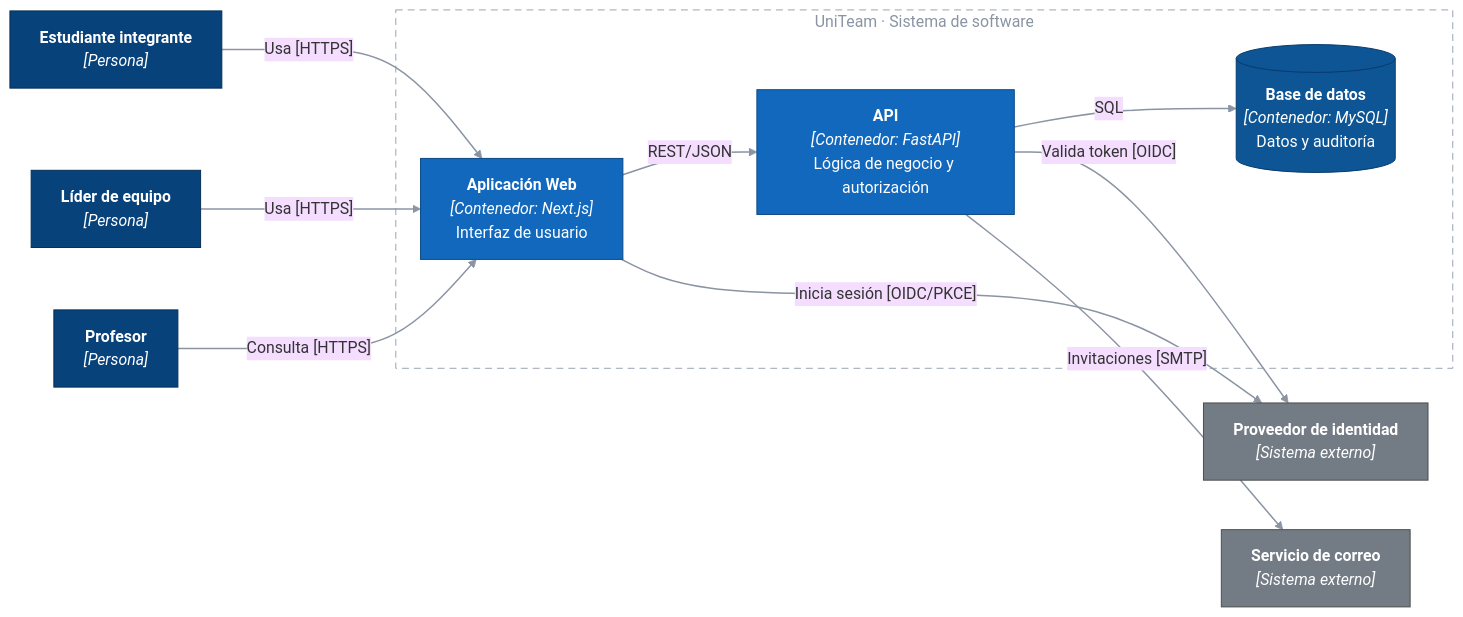
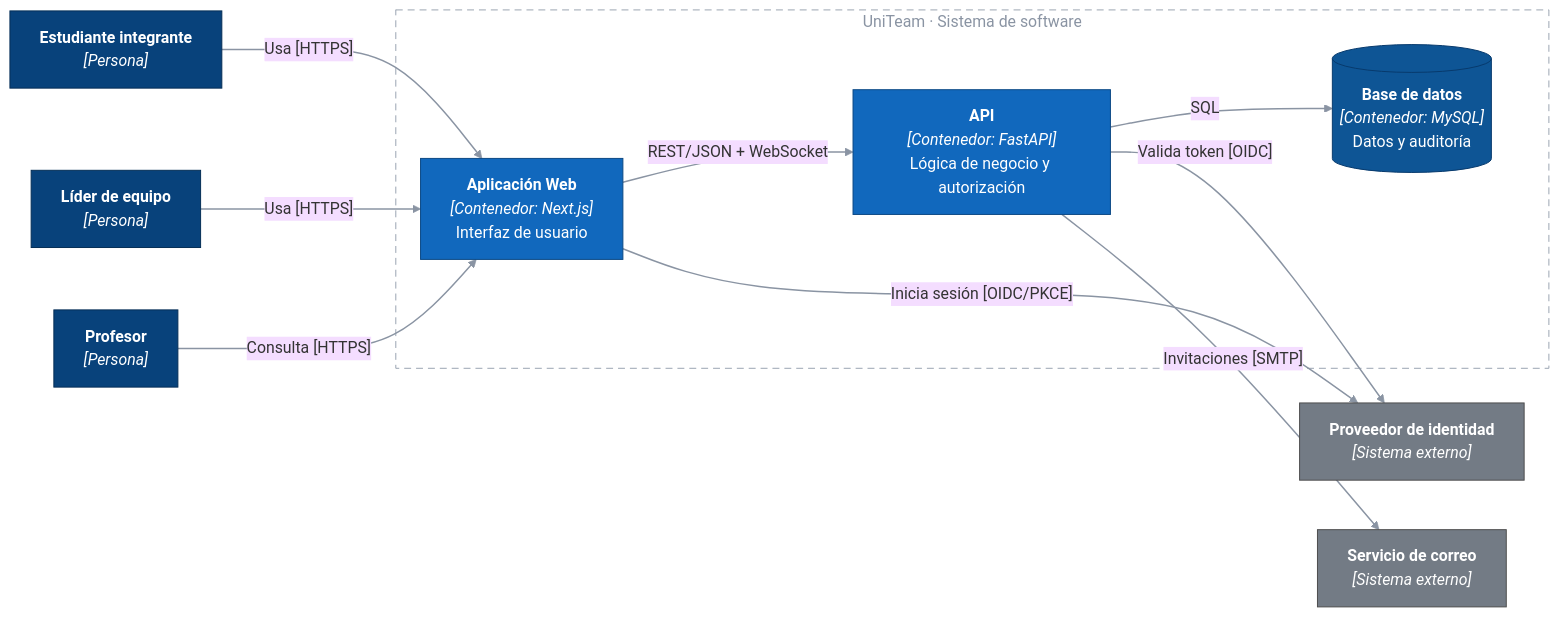
Before and after one commit to ISCOUTB/AS_202620_uniTeam: the diagram in docs/c4/nivel2-contenedores.md, drawn with Mermaid (base theme). The commit also changed other lines of this file and 16 other files, not shown here.

Commit message:
Add: WebSocket and ADRs

````diff
--- a/docs/c4/nivel2-contenedores.md
+++ b/docs/c4/nivel2-contenedores.md
@@ -10,36 +10,36 @@
 ```mermaid
 flowchart LR
     est["<b>Estudiante integrante</b><br/><i>[Persona]</i>"]
     lid["<b>Líder de equipo</b><br/><i>[Persona]</i>"]
     pro["<b>Profesor</b><br/><i>[Persona]</i>"]
 
     subgraph sys["UniTeam · Sistema de software"]
         web["<b>Aplicación Web</b><br/><i>[Contenedor: Next.js]</i><br/>Interfaz de usuario"]
         api["<b>API</b><br/><i>[Contenedor: FastAPI]</i><br/>Lógica de negocio y autorización"]
         db[("<b>Base de datos</b><br/><i>[Contenedor: MySQL]</i><br/>Datos y auditoría")]
     end
 
     idp["<b>Proveedor de identidad</b><br/><i>[Sistema externo]</i>"]
     mail["<b>Servicio de correo</b><br/><i>[Sistema externo]</i>"]
 
     est -->|"Usa [HTTPS]"| web
     lid -->|"Usa [HTTPS]"| web
     pro -->|"Consulta [HTTPS]"| web
-    web -->|"REST/JSON"| api
+    web -->|"REST/JSON + WebSocket"| api
     api -->|"SQL"| db
     api -->|"Valida token [OIDC]"| idp
     api -->|"Invitaciones [SMTP]"| mail
     web -->|"Inicia sesión [OIDC/PKCE]"| idp
 
     classDef persona fill:#08427b,stroke:#052e56,color:#ffffff
     classDef contenedor fill:#1168bd,stroke:#0b4884,color:#ffffff
     classDef almacen fill:#0e5595,stroke:#083a6d,color:#ffffff
     classDef externo fill:#737b85,stroke:#4d4d4d,color:#ffffff
 
     class est,lid,pro persona
     class web,api contenedor
     class db almacen
     class idp,mail externo
     style sys fill:none,stroke:#9aa4b2,stroke-dasharray: 7 5,color:#8a94a3
     linkStyle default stroke:#8a94a3,stroke-width:1.5px
 ```
````
